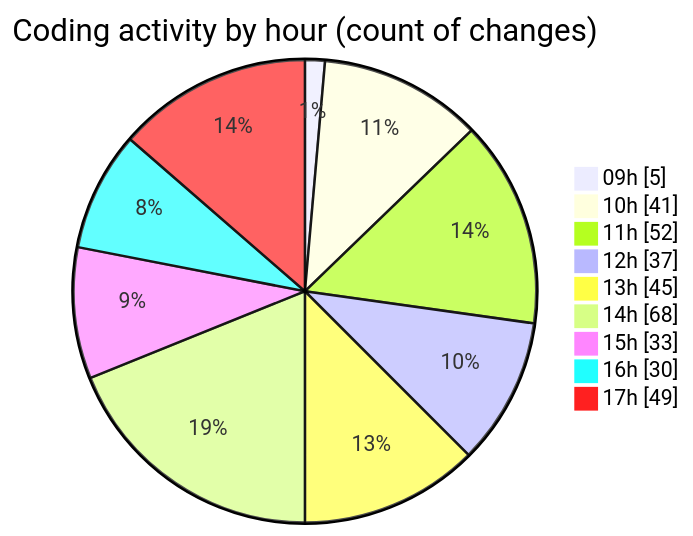
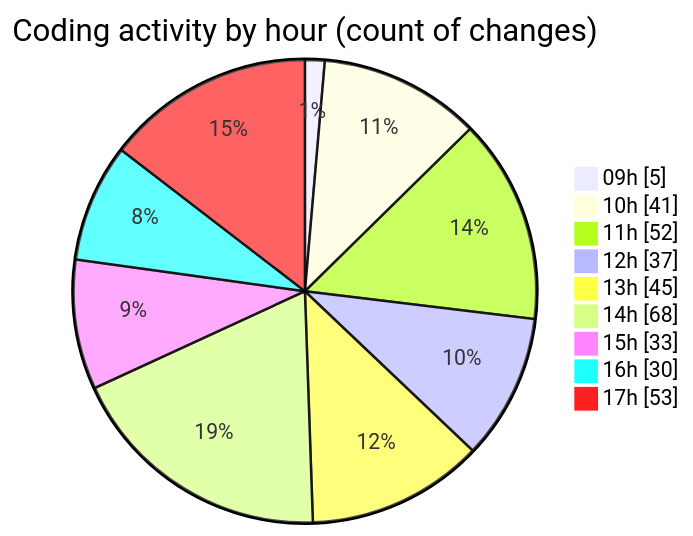
The second of 2 diagrams in 2026-04-27/cda/README.md (momahboobian/code-tracking), drawn with Mermaid before and after one commit. The commit also changed other lines of this file and 1 other file, not shown here.

````diff
--- a/2026-04-27/cda/README.md
+++ b/2026-04-27/cda/README.md
@@ -68,13 +68,13 @@
 ```mermaid
 pie showData
 title Coding activity by hour (count of changes)
 "09h" : 5
 "10h" : 41
 "11h" : 52
 "12h" : 37
 "13h" : 45
 "14h" : 68
 "15h" : 33
 "16h" : 30
-"17h" : 49
+"17h" : 53
 ```
````
